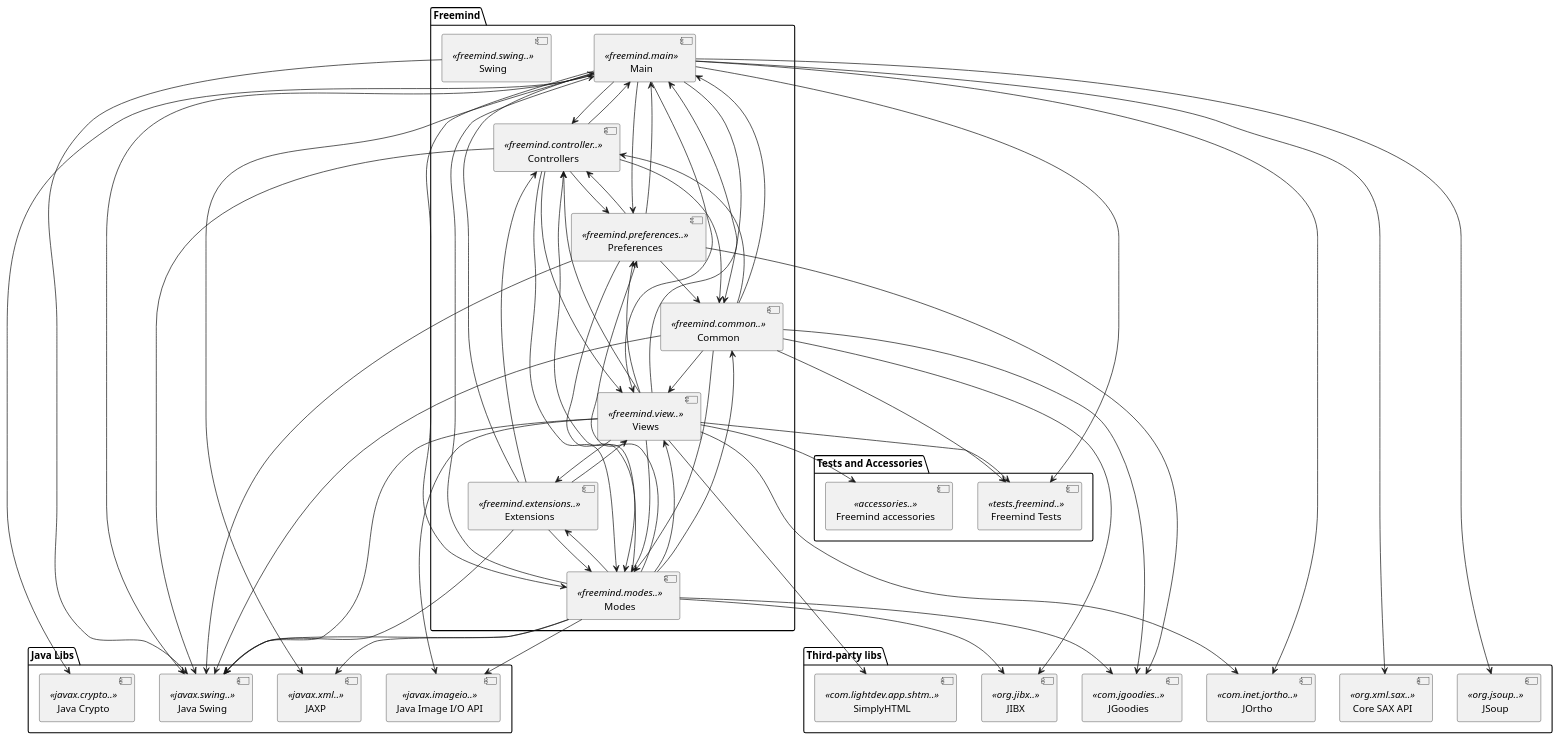
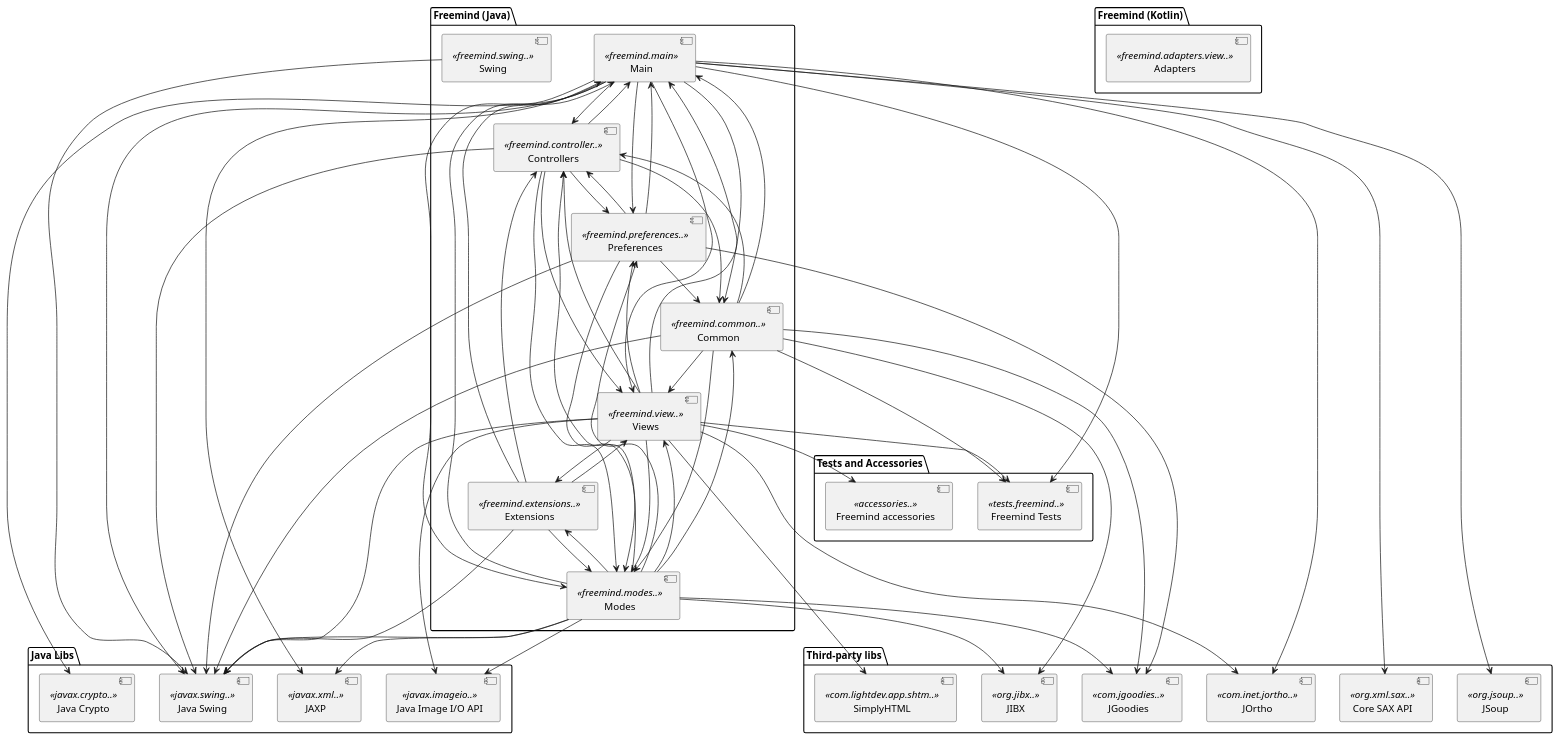
Before and after one commit to d4span/freemind-old: the diagram in uml/Freemind.puml, drawn with PlantUML. The commit also changed 3 other files, not shown here.

```diff
--- a/uml/Freemind.puml
+++ b/uml/Freemind.puml
@@ -1,103 +1,107 @@
-@startuml
+@startuml Freemind
 
-package "Freemind" {
+package "Freemind (Java)" {
     [Main] <<freemind.main>>
     [Controllers] <<freemind.controller..>>
     [Modes] <<freemind.modes..>>
     [Views] <<freemind.view..>>
     [Common] <<freemind.common..>>
     [Preferences] <<freemind.preferences..>>
     [Extensions] <<freemind.extensions..>>
     [Swing] <<freemind.swing..>>
+}
+
+package "Freemind (Kotlin)" {
+    [Adapters] <<freemind.adapters.view..>>
 }
 
 package "Tests and Accessories" {
     [Freemind Tests] <<tests.freemind..>>
     [Freemind accessories] <<accessories..>>
 }
 
 package "Java Libs" {
     [Java Swing] <<javax.swing..>>
     [JAXP] <<javax.xml..>>
     [Java Crypto] <<javax.crypto..>>
     [Java Image I/O API] <<javax.imageio..>>
 }
 
 package "Third-party libs" {
     [JSoup] <<org.jsoup..>>
     [JOrtho] <<com.inet.jortho..>>
     [SimplyHTML] <<com.lightdev.app.shtm..>>
     [JIBX] <<org.jibx..>>
     [JGoodies] <<com.jgoodies..>>
     [Core SAX API] <<org.xml.sax..>>
 }
 
 [Swing] --> [Java Swing]
 
 [Common] --> [Main]
 [Common] --> [Modes]
 [Common] --> [Controllers]
 [Common] --> [Views]
 [Common] --> [Freemind Tests]
 [Common] --> [Java Swing]
 [Common] --> [JIBX]
 [Common] --> [JGoodies]
 
 [Controllers] --> [Views]
 [Controllers] --> [Common]
 [Controllers] --> [Main]
 [Controllers] --> [Modes]
 [Controllers] --> [Preferences]
 [Controllers] --> [Java Swing]
 
 [Extensions] --> [Main]
 [Extensions] --> [Views]
 [Extensions] --> [Controllers]
 [Extensions] --> [Modes]
 [Extensions] --> [Java Swing]
 
 [Views] --> [Controllers]
 [Views] --> [Extensions]
 [Views] --> [Freemind accessories]
 [Views] --> [Freemind Tests]
 [Views] --> [Java Swing]
 [Views] --> [Java Image I/O API]
 [Views] --> [Modes]
 [Views] --> [Main]
 [Views] --> [Preferences]
 [Views] --> [JOrtho]
 [Views] --> [SimplyHTML]
 
 [Preferences] --> [Common]
 [Preferences] --> [Main]
 [Preferences] --> [Modes]
 [Preferences] --> [JGoodies]
 [Preferences] --> [Controllers]
 [Preferences] --> [Java Swing]
 
 [Modes] --> [Preferences]
 [Modes] --> [Controllers]
 [Modes] --> [Views]
 [Modes] --> [Main]
 [Modes] --> [Extensions]
 [Modes] --> [Common]
 [Modes] --> [Java Swing]
 [Modes] --> [JAXP]
 [Modes] --> [JIBX]
 [Modes] --> [Java Image I/O API]
 [Modes] --> [JGoodies]
 
 [Main] --> [Preferences]
 [Main] --> [Common]
 [Main] --> [Views]
 [Main] --> [Controllers]
 [Main] --> [Modes]
 [Main] --> [Java Swing]
 [Main] --> [JSoup]
 [Main] --> [JAXP]
 [Main] --> [Java Crypto]
 [Main] --> [JOrtho]
 [Main] --> [Core SAX API]
 [Main] --> [Freemind Tests]
 
 @enduml
```
